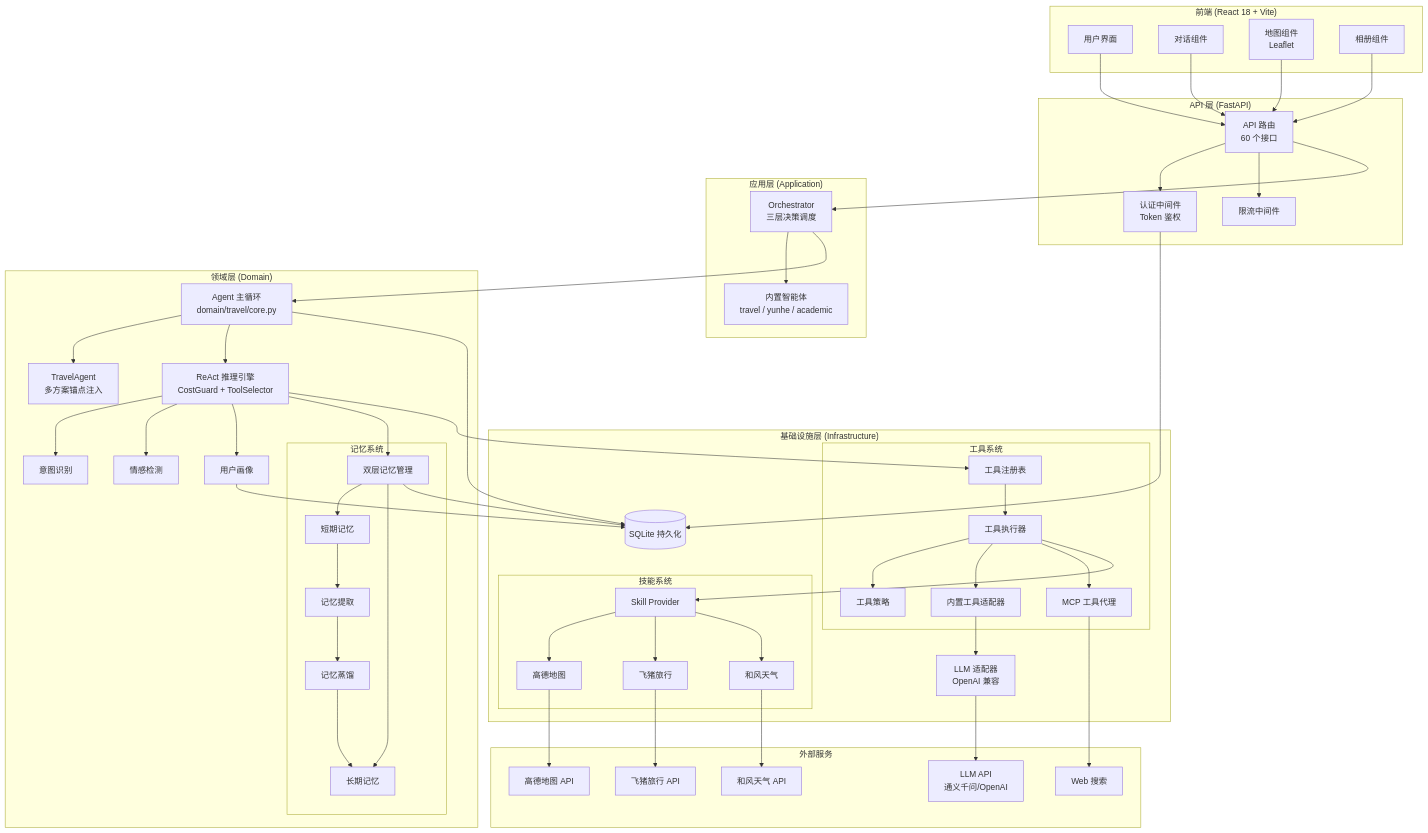
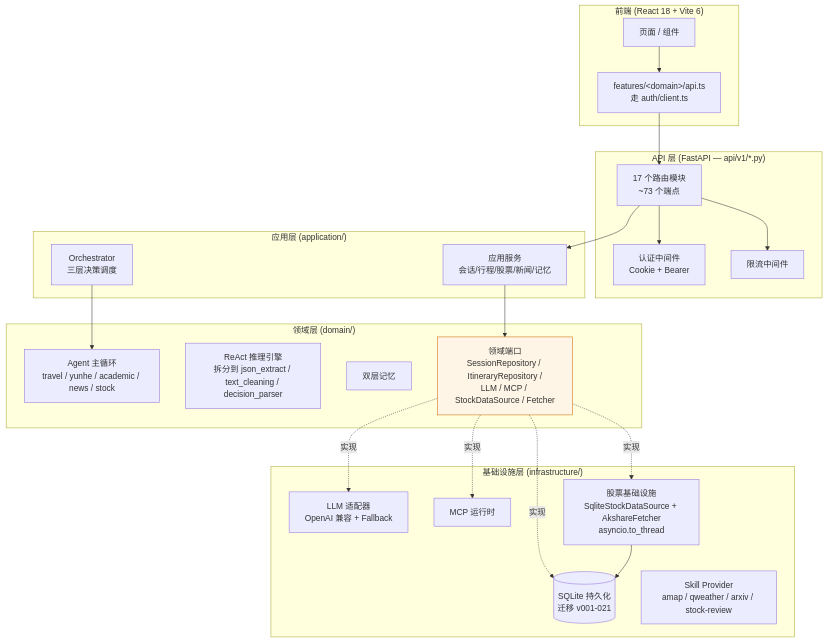
The diagram in README.md (youshuaiyouqiang/travel-plan-agent), drawn with Mermaid before and after one commit. The commit also changed other lines of this file, not shown here.

````diff
--- a/README.md
+++ b/README.md
@@ -55,113 +105,48 @@
 ```mermaid
 graph TB
-    subgraph "前端 (React 18 + Vite)"
-        UI[用户界面]
-        Chat[对话组件]
-        Map[地图组件<br/>Leaflet]
-        Album[相册组件]
+    subgraph "前端 (React 18 + Vite 6)"
+        UI[页面 / 组件]
+        Features[features/&lt;domain&gt;/api.ts<br/>走 auth/client.ts]
     end
 
-    subgraph "API 层 (FastAPI)"
-        API[API 路由<br/>60 个接口]
-        Auth[认证中间件<br/>Token 鉴权]
+    subgraph "API 层 (FastAPI — api/v1/*.py)"
+        API[17 个路由模块<br/>~73 个端点]
+        AuthMW[认证中间件<br/>Cookie + Bearer]
         RateLimit[限流中间件]
     end
-    
-    subgraph "应用层 (Application)"
+
+    subgraph "应用层 (application/)"
         Orchestrator[Orchestrator<br/>三层决策调度]
-        BuiltinAgents[内置智能体<br/>travel / yunhe / academic]
+        Services[应用服务<br/>会话/行程/股票/新闻/记忆]
     end
 
-    subgraph "领域层 (Domain)"
-        AgentCore[Agent 主循环<br/>domain/travel/core.py]
-        TravelAgentWrapper[TravelAgent<br/>多方案锚点注入]
-        Reasoning[ReAct 推理引擎<br/>CostGuard + ToolSelector]
-        Intent[意图识别]
-        Emotion[情感检测]
-        Profile[用户画像]
-        
-        subgraph "记忆系统"
-            Memory[双层记忆管理]
-            STM[短期记忆]
-            LTM[长期记忆]
-            Extractor[记忆提取]
-            Distiller[记忆蒸馏]
-        end
-    end
-    
-    subgraph "基础设施层 (Infrastructure)"
-        subgraph "工具系统"
-            Registry[工具注册表]
-            Executor[工具执行器]
-            Policy[工具策略]
-            Tools[内置工具适配器]
-            MCP[MCP 工具代理]
-        end
-        
-        subgraph "技能系统"
-            Skills[Skill Provider]
-            AmapSkill[高德地图]
-            FliggySkill[飞猪旅行]
-            QWeatherSkill[和风天气]
-        end
-        
-        LLMClient[LLM 适配器<br/>OpenAI 兼容]
-        DB[(SQLite 持久化)]
+    subgraph "领域层 (domain/)"
+        Agents[Agent 主循环<br/>travel / yunhe / academic / news / stock]
+        Reasoning[ReAct 推理引擎<br/>拆分到 json_extract / text_cleaning / decision_parser]
+        Memory[双层记忆]
+        Ports[领域端口<br/>SessionRepository / ItineraryRepository /<br/>LLM / MCP / StockDataSource / Fetcher]
     end
 
-    subgraph "外部服务"
-        LLM[LLM API<br/>通义千问/OpenAI]
-        Amap[高德地图 API]
-        Fliggy[飞猪旅行 API]
-        QWeather[和风天气 API]
-        WebSearch[Web 搜索]
+    subgraph "基础设施层 (infrastructure/)"
+        SQLite[(SQLite 持久化<br/>迁移 v001-021)]
+        LLMClient[LLM 适配器<br/>OpenAI 兼容 + Fallback]
+        Skills[Skill Provider<br/>amap / qweather / arxiv / stock-review]
+        MCP[MCP 运行时]
+        Stock[股票基础设施<br/>SqliteStockDataSource + AkshareFetcher<br/>asyncio.to_thread]
     end
 
-    UI --> API
-    Chat --> API
-    Map --> API
-    Album --> API
-    
-    API --> Auth
+    UI --> Features --> API
+    API --> AuthMW
     API --> RateLimit
-    API --> Orchestrator
-    
-    Orchestrator --> BuiltinAgents
-    Orchestrator --> AgentCore
-    AgentCore --> TravelAgentWrapper
-    
-    AgentCore --> Reasoning
-    Reasoning --> Intent
-    Reasoning --> Emotion
-    Reasoning --> Profile
-    Reasoning --> Memory
-    
-    Memory --> STM
-    Memory --> LTM
-    STM --> Extractor
-    Extractor --> Distiller
-    Distiller --> LTM
-    
-    Reasoning --> Registry
-    Registry --> Executor
-    Executor --> Policy
-    Executor --> Tools
-    Executor --> MCP
-    
-    Executor --> Skills
-    Skills --> AmapSkill
-    Skills --> FliggySkill
-    Skills --> QWeatherSkill
-    
-    Tools --> LLMClient
-    MCP --> WebSearch
-    LLMClient --> LLM
-    AmapSkill --> Amap
-    FliggySkill --> Fliggy
-    QWeatherSkill --> QWeather
-    
-    AgentCore --> DB
-    Memory --> DB
-    Profile --> DB
-    Auth --> DB
+    API --> Services
+    Orchestrator --> Agents
+    Services --> Ports
+    Ports -.实现.-> SQLite
+    Ports -.实现.-> LLMClient
+    Ports -.实现.-> MCP
+    Ports -.实现.-> Stock
+    Stock --> SQLite
+
+    classDef port fill:#fff5e6,stroke:#cc6600;
+    class Ports port;
 ```
````
